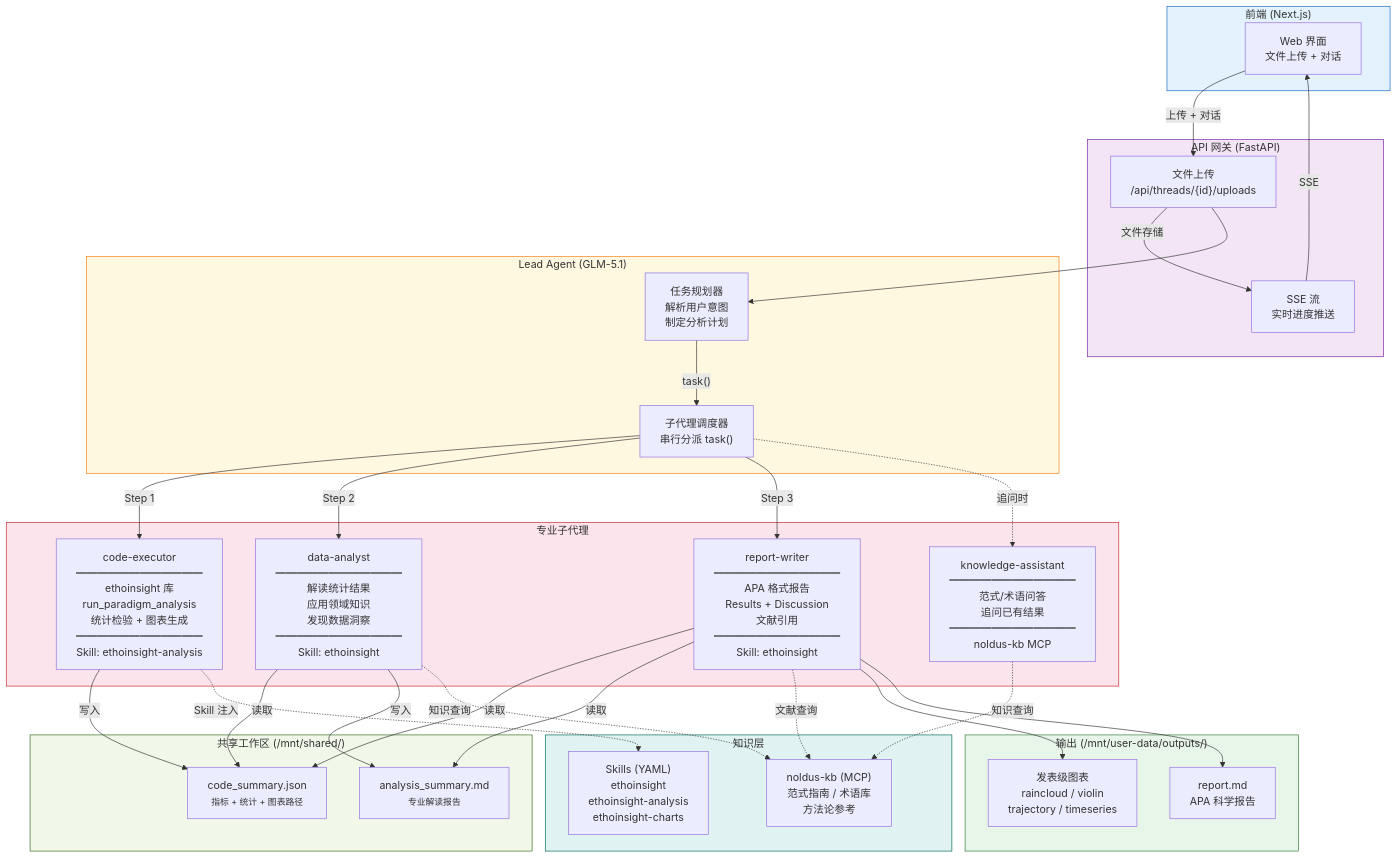
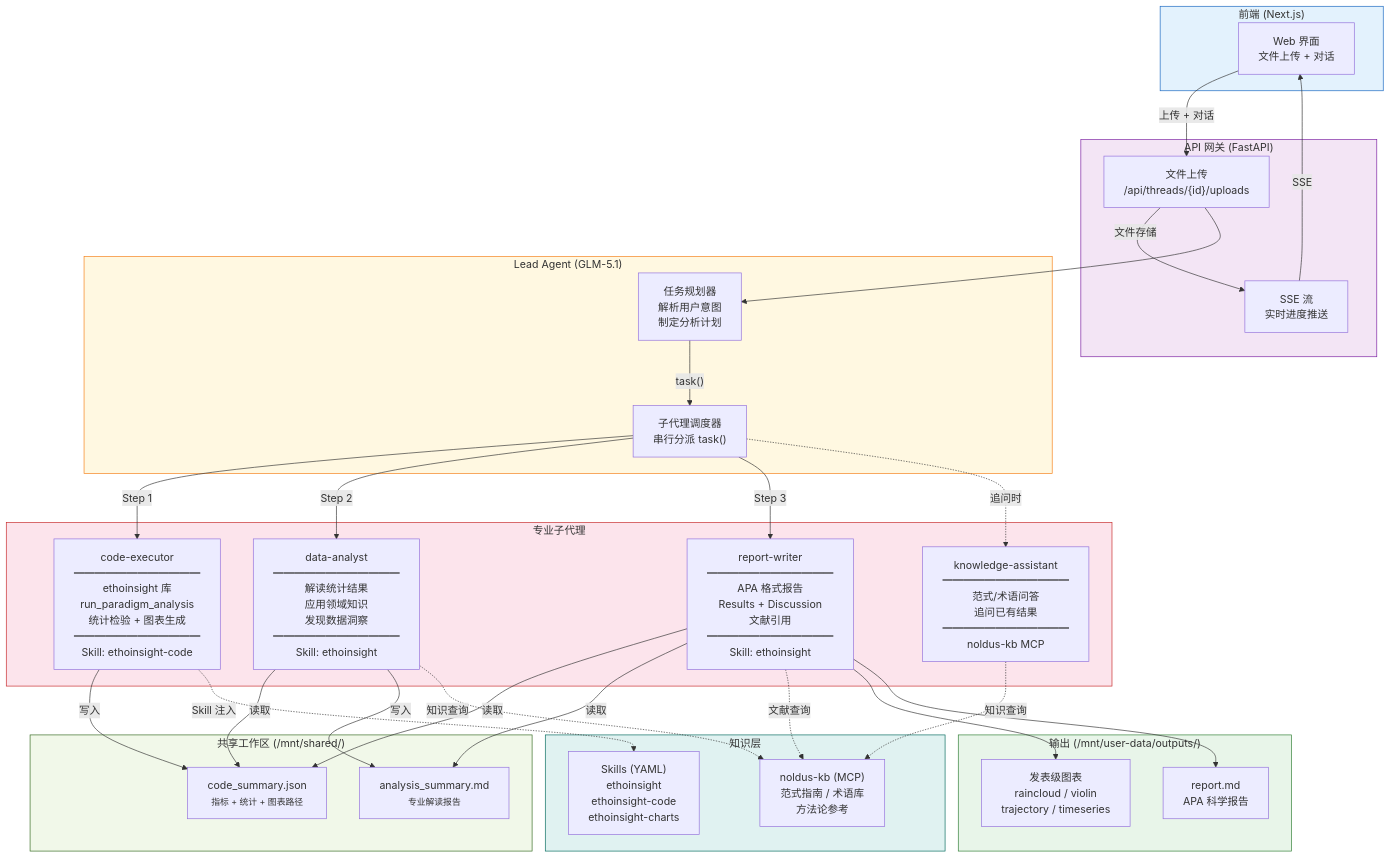
Before and after one commit to noldus-cn-beijing/deerflow-noldus: the second of 2 diagrams in docs/architecture-diagram.md, drawn with Mermaid. The commit also changed 28 other files, not shown here.

Commit message:
refactor: skill ethoinsight-analysis → ethoinsight-code + code-executor 白名单加 ethoinsight-charts（Phase 1 T3）

````diff
--- a/docs/architecture-diagram.md
+++ b/docs/architecture-diagram.md
@@ -59,70 +59,70 @@
 ```mermaid
 graph TB
     subgraph Frontend["前端 (Next.js)"]
         UI["Web 界面<br/>文件上传 + 对话"]
     end
 
     subgraph Gateway["API 网关 (FastAPI)"]
         Upload["文件上传<br/>/api/threads/{id}/uploads"]
         Stream["SSE 流<br/>实时进度推送"]
     end
 
     subgraph LeadAgent["Lead Agent (GLM-5.1)"]
         Planner["任务规划器<br/>解析用户意图<br/>制定分析计划"]
         Dispatch["子代理调度器<br/>串行分派 task()"]
     end
 
     subgraph Subagents["专业子代理"]
-        CE["code-executor<br/>━━━━━━━━━━━━<br/>ethoinsight 库<br/>run_paradigm_analysis<br/>统计检验 + 图表生成<br/>━━━━━━━━━━━━<br/>Skill: ethoinsight-analysis"]
+        CE["code-executor<br/>━━━━━━━━━━━━<br/>ethoinsight 库<br/>run_paradigm_analysis<br/>统计检验 + 图表生成<br/>━━━━━━━━━━━━<br/>Skill: ethoinsight-code"]
         DA["data-analyst<br/>━━━━━━━━━━━━<br/>解读统计结果<br/>应用领域知识<br/>发现数据洞察<br/>━━━━━━━━━━━━<br/>Skill: ethoinsight"]
         RW["report-writer<br/>━━━━━━━━━━━━<br/>APA 格式报告<br/>Results + Discussion<br/>文献引用<br/>━━━━━━━━━━━━<br/>Skill: ethoinsight"]
         KA["knowledge-assistant<br/>━━━━━━━━━━━━<br/>范式/术语问答<br/>追问已有结果<br/>━━━━━━━━━━━━<br/>noldus-kb MCP"]
     end
 
     subgraph SharedWorkspace["共享工作区 (/mnt/shared/)"]
         CS["code_summary.json<br/><small>指标 + 统计 + 图表路径</small>"]
         AS["analysis_summary.md<br/><small>专业解读报告</small>"]
     end
 
     subgraph Knowledge["知识层"]
-        Skills["Skills (YAML)<br/>ethoinsight<br/>ethoinsight-analysis<br/>ethoinsight-charts"]
+        Skills["Skills (YAML)<br/>ethoinsight<br/>ethoinsight-code<br/>ethoinsight-charts"]
         KB["noldus-kb (MCP)<br/>范式指南 / 术语库<br/>方法论参考"]
     end
 
     subgraph Output["输出 (/mnt/user-data/outputs/)"]
         Charts["发表级图表<br/>raincloud / violin<br/>trajectory / timeseries"]
         Report["report.md<br/>APA 科学报告"]
     end
 
     UI -->|"上传 + 对话"| Upload
     Upload -->|"文件存储"| Stream
     Stream -->|"SSE"| UI
 
     Upload --> Planner
     Planner -->|"task()"| Dispatch
 
     Dispatch -->|"Step 1"| CE
     CE -->|"写入"| CS
     Dispatch -->|"Step 2"| DA
     DA -->|"读取"| CS
     DA -->|"写入"| AS
     Dispatch -->|"Step 3"| RW
     RW -->|"读取"| CS & AS
 
     CE -.->|"Skill 注入"| Skills
     DA -.->|"知识查询"| KB
     RW -.->|"文献查询"| KB
     KA -.->|"知识查询"| KB
 
     RW --> Charts & Report
 
     Dispatch -.->|"追问时"| KA
 
     style Frontend fill:#e3f2fd,stroke:#1565C0
     style Gateway fill:#f3e5f5,stroke:#7B1FA2
     style LeadAgent fill:#fff8e1,stroke:#F57F17
     style Subagents fill:#fce4ec,stroke:#C62828
     style SharedWorkspace fill:#f1f8e9,stroke:#33691E
     style Knowledge fill:#e0f2f1,stroke:#00695C
     style Output fill:#e8f5e9,stroke:#2E7D32
 ```
````
